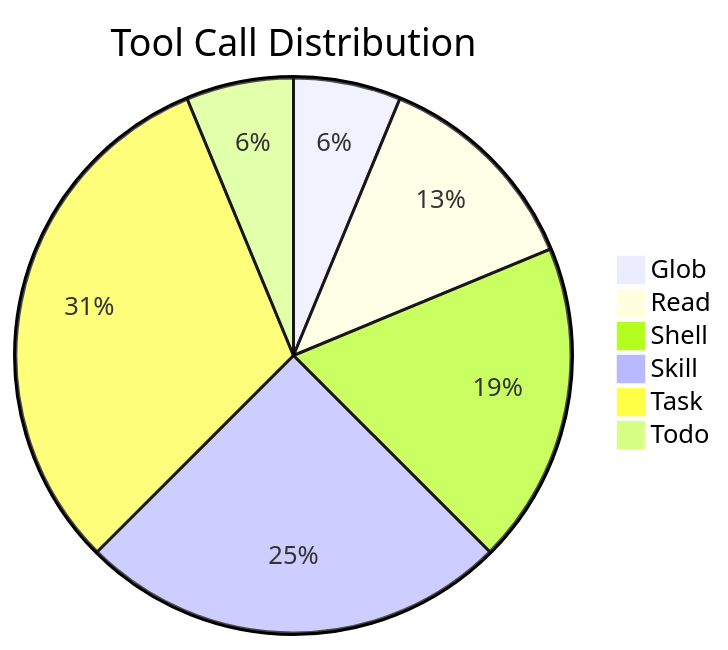
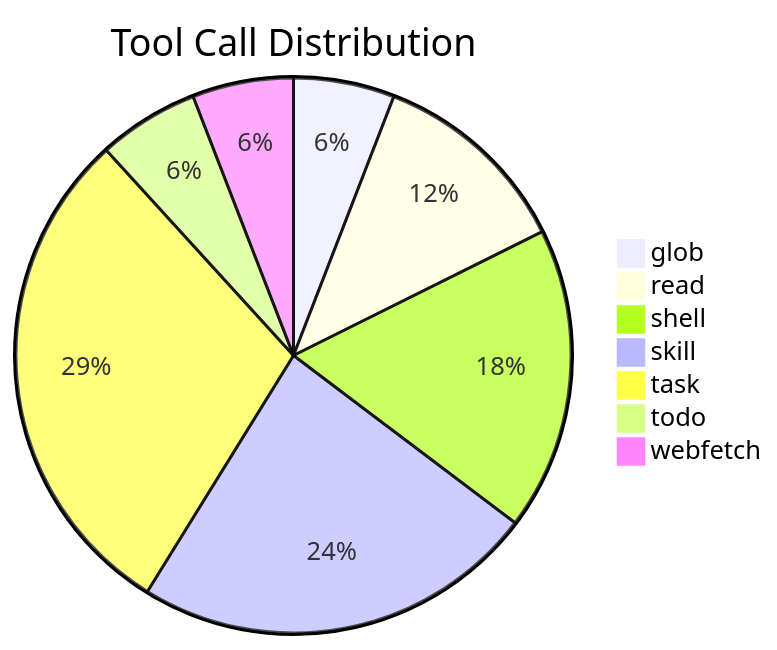
The first of 10 diagrams in agent-log-analysis/SKILL.md (Cogni-AI-OU/cogni-ai-agent-skills), drawn with Mermaid before and after one commit. The commit also changed other lines of this file, not shown here.

````diff
--- a/agent-log-analysis/SKILL.md
+++ b/agent-log-analysis/SKILL.md
@@ -112,9 +112,10 @@
 ```mermaid
 pie title Tool Call Distribution
-    "Glob" : 1
-    "Read" : 2
-    "Shell" : 3
-    "Skill" : 4
-    "Task" : 5
-    "Todo" : 1
+    "glob" : 1
+    "read" : 2
+    "shell" : 3
+    "skill" : 4
+    "task" : 5
+    "todo" : 1
+    "webfetch": 1
 ```
````
